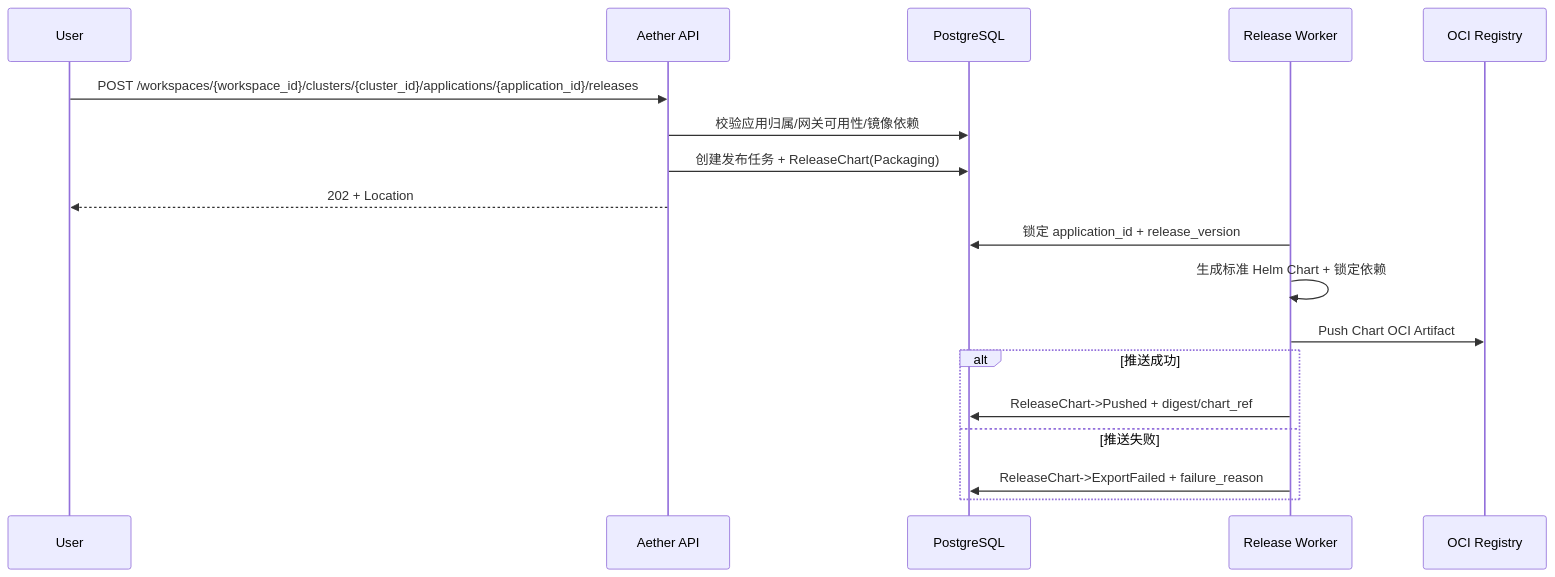
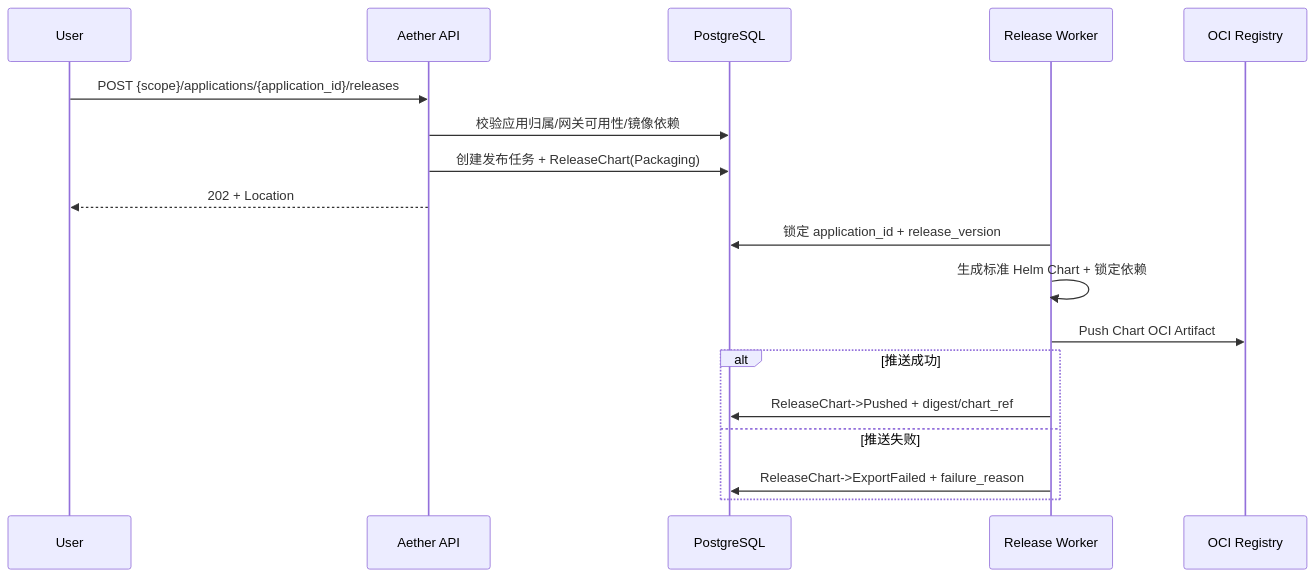
One commit to sentanl869/aether changed the fifth of 26 diagrams in docs/design.md. Above: the diagram before and after it, drawn with Mermaid. The commit also changed other lines of this file and 2 other files, not shown here.

````diff
--- a/docs/design.md
+++ b/docs/design.md
@@ -460,21 +466,21 @@
 ```mermaid
 sequenceDiagram
   participant User as User
   participant API as Aether API
   participant DB as PostgreSQL
   participant W as Release Worker
   participant OCI as OCI Registry
 
-  User->>API: POST /workspaces/{workspace_id}/clusters/{cluster_id}/applications/{application_id}/releases
+  User->>API: POST {scope}/applications/{application_id}/releases
   API->>DB: 校验应用归属/网关可用性/镜像依赖
   API->>DB: 创建发布任务 + ReleaseChart(Packaging)
   API-->>User: 202 + Location
   W->>DB: 锁定 application_id + release_version
   W->>W: 生成标准 Helm Chart + 锁定依赖
   W->>OCI: Push Chart OCI Artifact
   alt 推送成功
     W->>DB: ReleaseChart->Pushed + digest/chart_ref
   else 推送失败
     W->>DB: ReleaseChart->ExportFailed + failure_reason
   end
 ```
````
